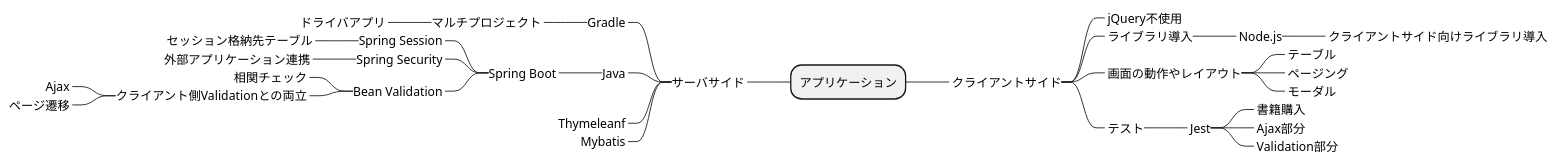
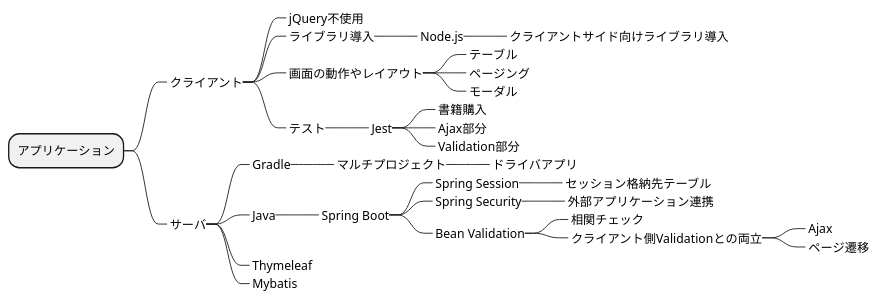
Before and after one commit to KashibuchiKyamin/spring-practice-2023: the diagram in todo/map.pu, drawn with PlantUML. The commit also changed 1 other file, not shown here.

```diff
--- a/todo/map.pu
+++ b/todo/map.pu
@@ -1,38 +1,36 @@
 @startmindmap Spring-Practice-2023
 + アプリケーション
-++_ クライアントサイド
+++_ クライアント
 +++_ jQuery不使用
 +++_ ライブラリ導入
 ++++_ Node.js
 +++++_ クライアントサイド向けライブラリ導入
 +++_ 画面の動作やレイアウト
 ++++_ テーブル
 ++++_ ページング
 ++++_ モーダル
 +++_ テスト
 ++++_ Jest
 +++++_ 書籍購入
 +++++_ Ajax部分
 +++++_ Validation部分
 
-left side 
-
---_ サーバサイド
----_ Gradle
-----_ マルチプロジェクト
------_ ドライバアプリ
----_ Java
-----_ Spring Boot
------_ Spring Session
-------_ セッション格納先テーブル
------_ Spring Security
-------_ 外部アプリケーション連携
------_ Bean Validation
-------_ 相関チェック
-------_ クライアント側Validationとの両立
--------_ Ajax
--------_ ページ遷移
----_ Thymeleanf
----_ Mybatis
+++_ サーバ
++++_ Gradle
+++++_ マルチプロジェクト
++++++_ ドライバアプリ
++++_ Java
+++++_ Spring Boot
++++++_ Spring Session
+++++++_ セッション格納先テーブル
++++++_ Spring Security
+++++++_ 外部アプリケーション連携
++++++_ Bean Validation
+++++++_ 相関チェック
+++++++_ クライアント側Validationとの両立
++++++++_ Ajax
++++++++_ ページ遷移
++++_ Thymeleaf
++++_ Mybatis
 
 @endmindmap
```
